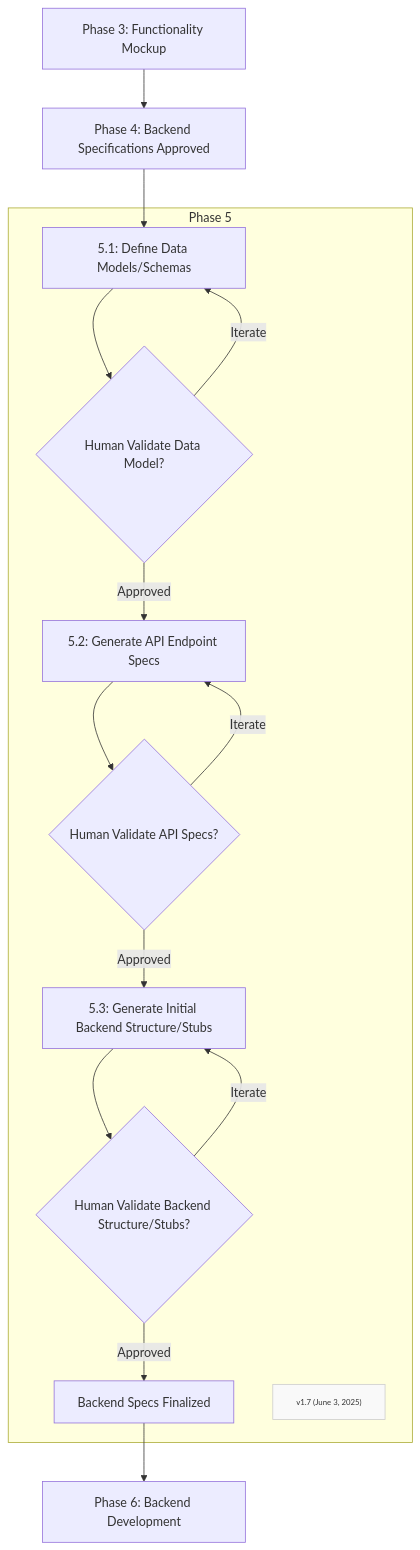
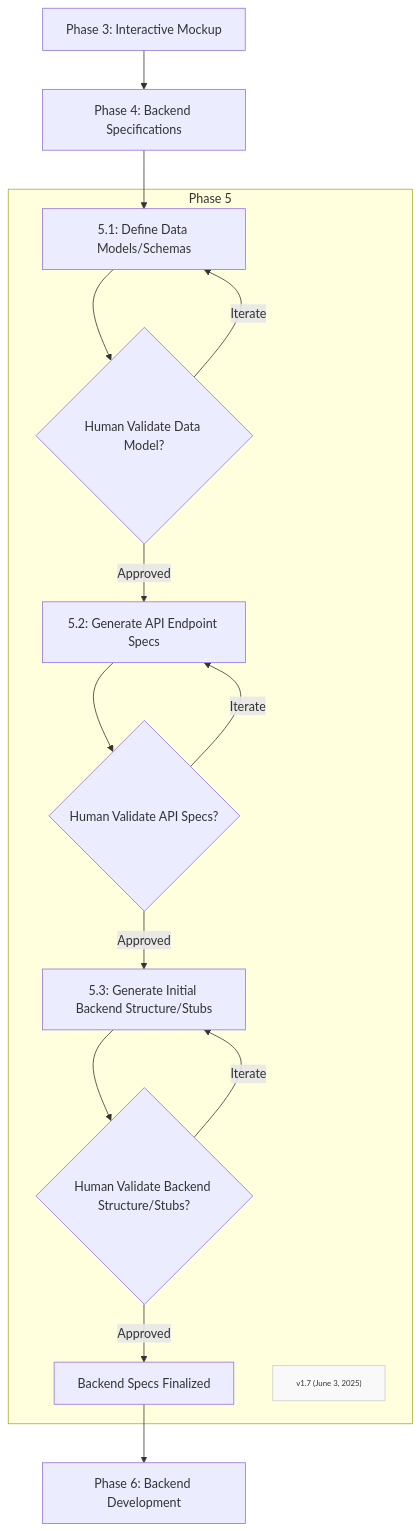
Before and after one commit to Mharbulous/Front-First-Method: the diagram in Phases/FF-phase5.md, drawn with Mermaid. The commit also changed 7 other files, not shown here.

````diff
--- a/Phases/FF-phase5.md
+++ b/Phases/FF-phase5.md
@@ -1,29 +1,29 @@
 ```mermaid
 graph TD
 
     
-        Phase3["Phase 3: Functionality Mockup"] --> Phase4["Phase 4: Backend Specifications Approved"]
-        Phase4["Phase 4: Backend Specifications Approved"] --> Phase5_1        
+        Phase3["Phase 3: Interactive Mockup"] --> Phase4["Phase 4: Backend Specifications"]
+        Phase4 --> Phase5_1        
     
 
     subgraph Phase5["Phase 5"]
         
         Phase5_1["5.1: Define Data Models/Schemas"]    
         Phase5_1 --> Phase5_1_Val{"Human Validate Data Model?"}
         Phase5_1_Val -->|Iterate| Phase5_1
         Phase5_1_Val -->|Approved| Phase5_2["5.2: Generate API Endpoint Specs"]
         Phase5_2 --> Phase5_2_Val{"Human Validate API Specs?"}
         Phase5_2_Val -->|Iterate| Phase5_2
         Phase5_2_Val -->|Approved| Phase5_3["5.3: Generate Initial Backend Structure/Stubs"]
         Phase5_3 --> Phase5_3_Val{"Human Validate Backend Structure/Stubs?"}
         Phase5_3_Val -->|Iterate| Phase5_3
         Phase5_3_Val -->|Approved| BackendSpecsFinalized["Backend Specs Finalized"]
         Version["v1.7 (June 3, 2025)"]
         classDef version fill:#f9f9f9,stroke:#ccc,font-size:10px
         class Version version
     end
  
 
 
 BackendSpecsFinalized --> Phase6["Phase 6: Backend Development"]
 ```
````
